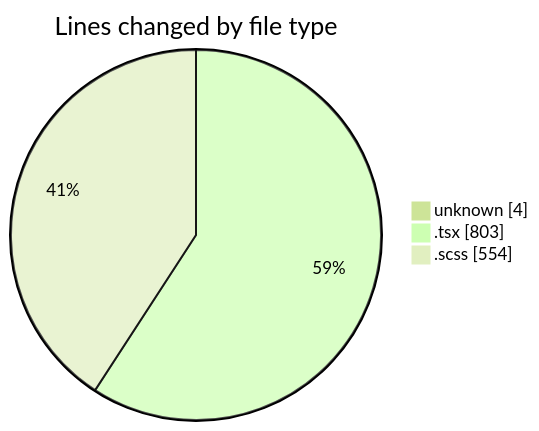
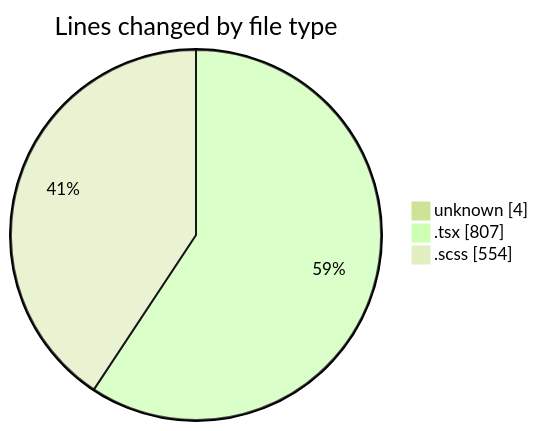
The first of 2 diagrams in 2025-02-14/cda/README.md (momahboobian/code-tracking), drawn with Mermaid (forest theme) before and after one commit. The commit also changed other lines of this file and 1 other file, not shown here.

````diff
--- a/2025-02-14/cda/README.md
+++ b/2025-02-14/cda/README.md
@@ -27,7 +27,7 @@
 ```mermaid
 pie showData
 title Lines changed by file type
 "unknown" : 4
-".tsx" : 803
+".tsx" : 807
 ".scss" : 554
 ```
````
